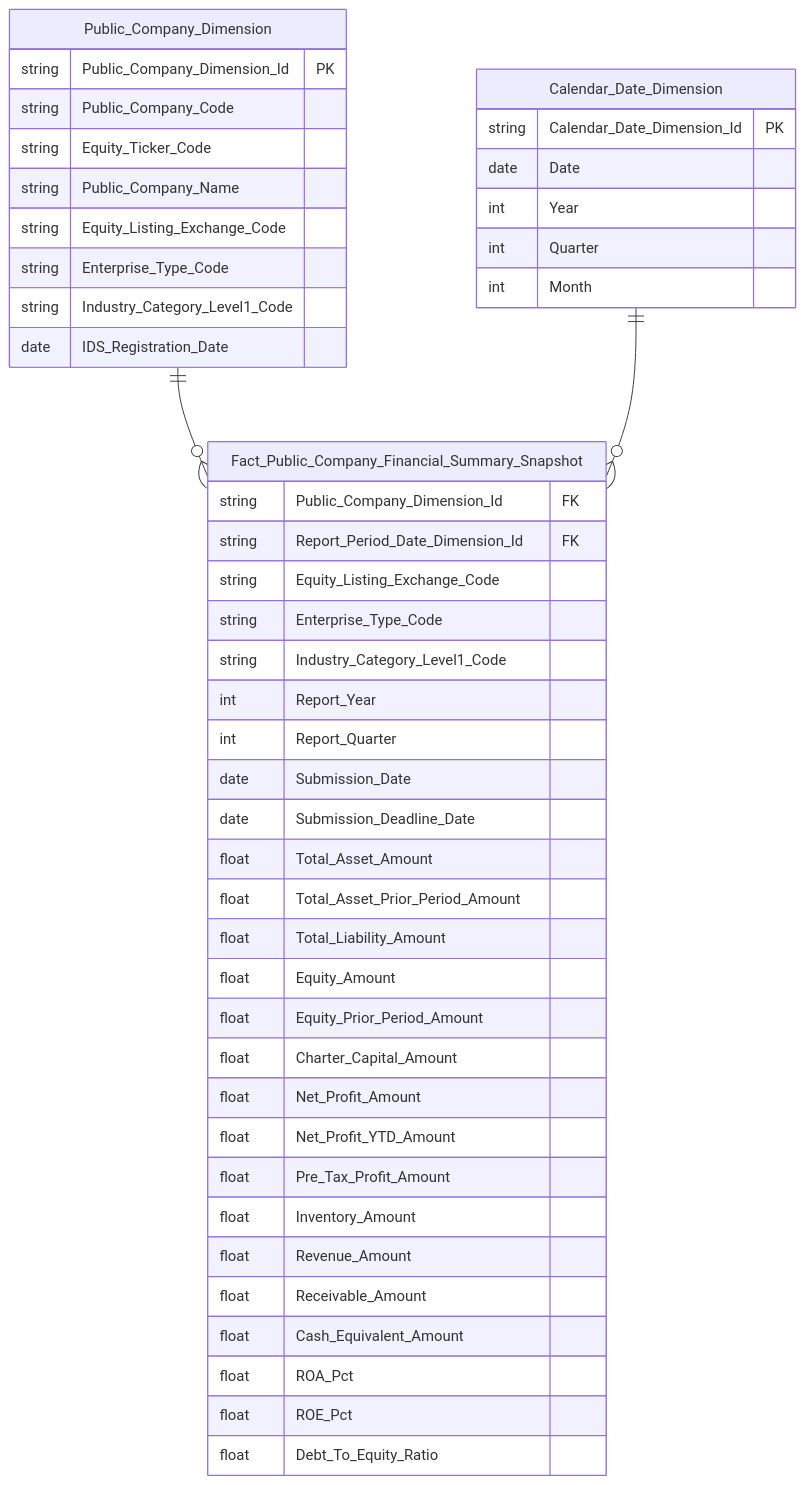
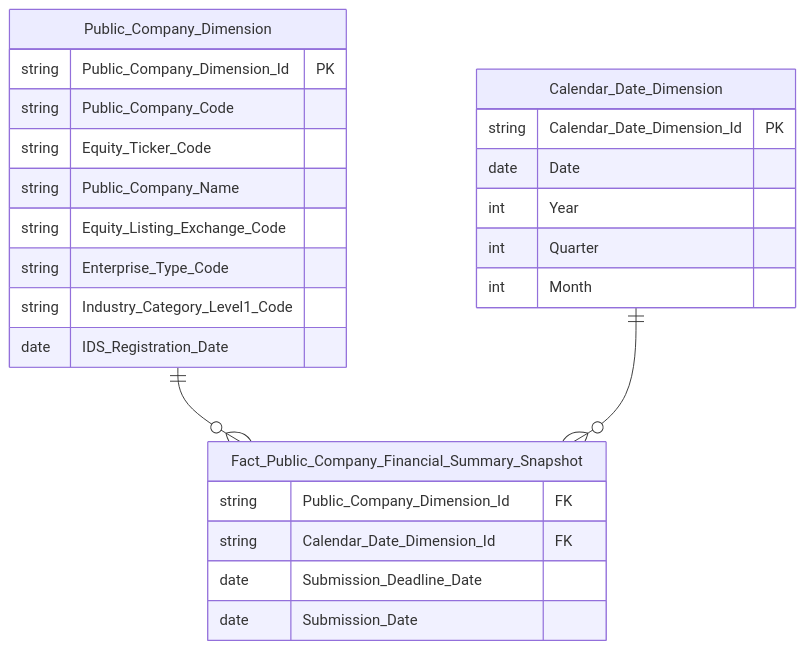
One commit to linhlvit/ubck_atomic_design changed diagram 11 of 15 in Datamart/hld/DTM_GSDC_HLD.md. Above: the diagram before and after it, drawn with Mermaid. The commit also changed other lines of this file and 24 other files, not shown here.

````diff
--- a/Datamart/hld/DTM_GSDC_HLD.md
+++ b/Datamart/hld/DTM_GSDC_HLD.md
@@ -361,52 +569,31 @@
 ```mermaid
 erDiagram
     Fact_Public_Company_Financial_Summary_Snapshot {
         string Public_Company_Dimension_Id FK
-        string Report_Period_Date_Dimension_Id FK
-        string Equity_Listing_Exchange_Code
-        string Enterprise_Type_Code
-        string Industry_Category_Level1_Code
-        int Report_Year
-        int Report_Quarter
+        string Calendar_Date_Dimension_Id FK
+        date Submission_Deadline_Date
         date Submission_Date
-        date Submission_Deadline_Date
-        float Total_Asset_Amount
-        float Total_Asset_Prior_Period_Amount
-        float Total_Liability_Amount
-        float Equity_Amount
-        float Equity_Prior_Period_Amount
-        float Charter_Capital_Amount
-        float Net_Profit_Amount
-        float Net_Profit_YTD_Amount
-        float Pre_Tax_Profit_Amount
-        float Inventory_Amount
-        float Revenue_Amount
-        float Receivable_Amount
-        float Cash_Equivalent_Amount
-        float ROA_Pct
-        float ROE_Pct
-        float Debt_To_Equity_Ratio
     }
 
     Public_Company_Dimension {
         string Public_Company_Dimension_Id PK
         string Public_Company_Code
         string Equity_Ticker_Code
         string Public_Company_Name
         string Equity_Listing_Exchange_Code
         string Enterprise_Type_Code
         string Industry_Category_Level1_Code
         date IDS_Registration_Date
     }
 
     Calendar_Date_Dimension {
         string Calendar_Date_Dimension_Id PK
         date Date
         int Year
         int Quarter
         int Month
     }
 
     Public_Company_Dimension ||--o{ Fact_Public_Company_Financial_Summary_Snapshot : ""
     Calendar_Date_Dimension ||--o{ Fact_Public_Company_Financial_Summary_Snapshot : ""
 ```
````
